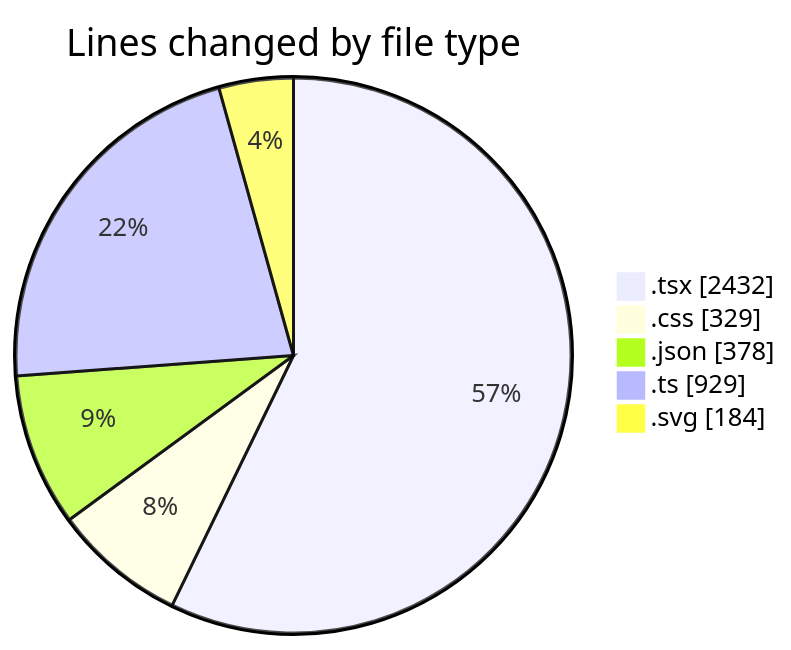
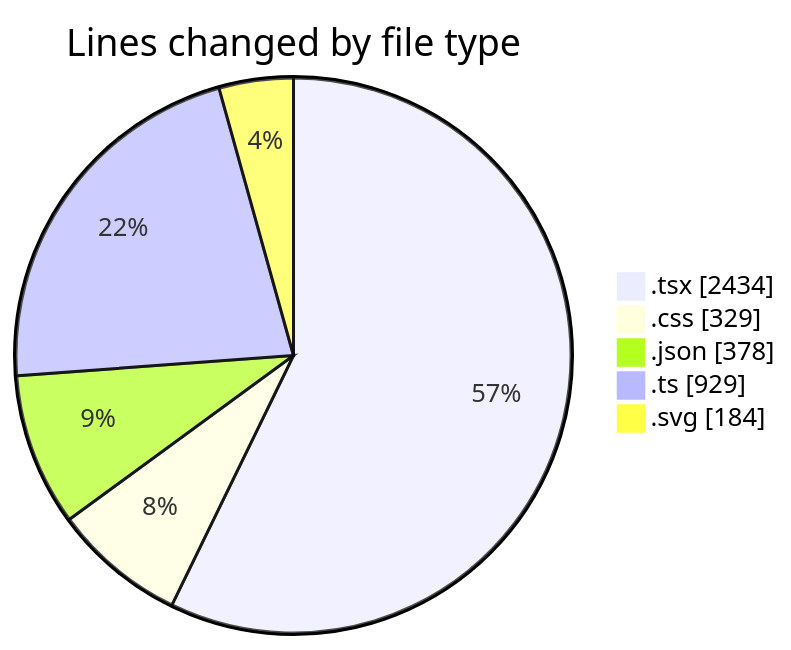
The first of 2 diagrams in 2025-10-10/eventscop-frontend-guide__workspace_/README.md (julien-gomy/code-tracking), drawn with Mermaid before and after one commit. The commit also changed other lines of this file and 1 other file, not shown here.

````diff
--- a/2025-10-10/eventscop-frontend-guide__workspace_/README.md
+++ b/2025-10-10/eventscop-frontend-guide__workspace_/README.md
@@ -43,9 +43,9 @@
 ```mermaid
 pie showData
 title Lines changed by file type
-".tsx" : 2432
+".tsx" : 2434
 ".css" : 329
 ".json" : 378
 ".ts" : 929
 ".svg" : 184
 ```
````
